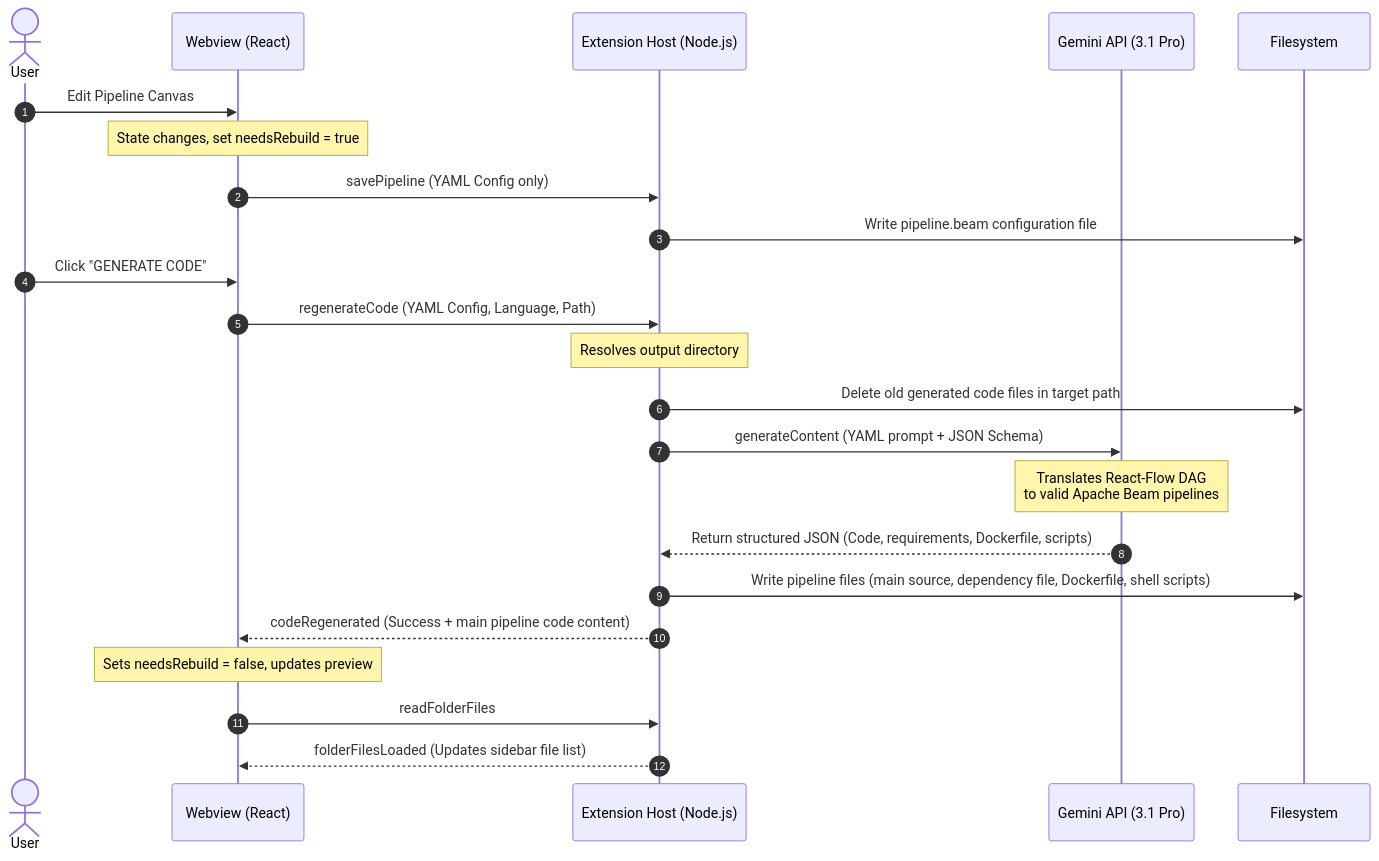
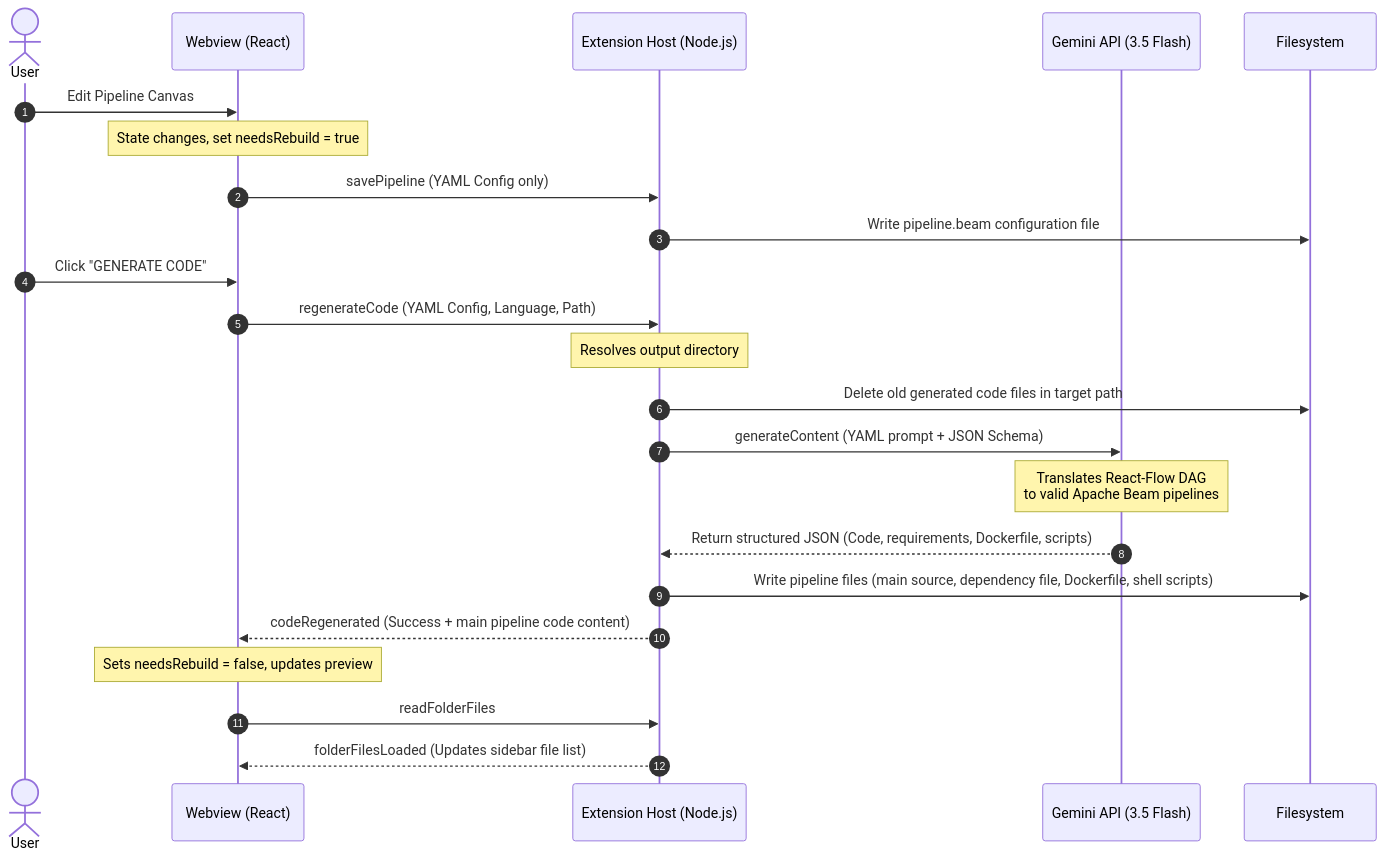
Before and after one commit to mnimer/beam-designer-fork: the second of 2 diagrams in ARCHITECTURE.md, drawn with Mermaid. The commit also changed other lines of this file and 2 other files, not shown here.

Commit message:
chore: upgrade Gemini models to gemini-3.5-flash
- Update extension source code to use gemini-3.5-flash for code generation and logging
- Update architecture guide and AI collaboration guidelines to specify the new gemini-3.5-flash model

````diff
--- a/ARCHITECTURE.md
+++ b/ARCHITECTURE.md
@@ -99,27 +99,27 @@
 ```mermaid
 sequenceDiagram
     autonumber
     actor User
     participant Webview as Webview (React)
     participant Ext as Extension Host (Node.js)
-    participant Gemini as Gemini API (3.1 Pro)
+    participant Gemini as Gemini API (3.5 Flash)
     participant Disk as Filesystem
 
     User->>Webview: Edit Pipeline Canvas
     Note over Webview: State changes, set needsRebuild = true
     Webview->>Ext: savePipeline (YAML Config only)
     Ext->>Disk: Write pipeline.beam configuration file
     
     User->>Webview: Click "GENERATE CODE"
     Webview->>Ext: regenerateCode (YAML Config, Language, Path)
     Note over Ext: Resolves output directory
     Ext->>Disk: Delete old generated code files in target path
     Ext->>Gemini: generateContent (YAML prompt + JSON Schema)
     Note over Gemini: Translates React-Flow DAG<br/>to valid Apache Beam pipelines
     Gemini-->>Ext: Return structured JSON (Code, requirements, Dockerfile, scripts)
     Ext->>Disk: Write pipeline files (main source, dependency file, Dockerfile, shell scripts)
     Ext-->>Webview: codeRegenerated (Success + main pipeline code content)
     Note over Webview: Sets needsRebuild = false, updates preview
     Webview->>Ext: readFolderFiles
     Ext-->>Webview: folderFilesLoaded (Updates sidebar file list)
 ```
````
